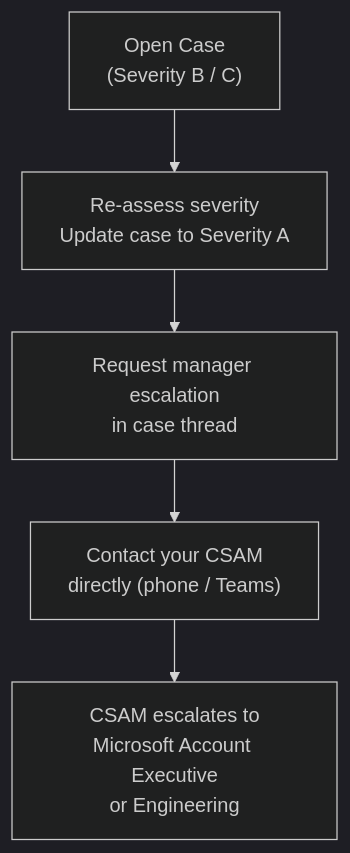
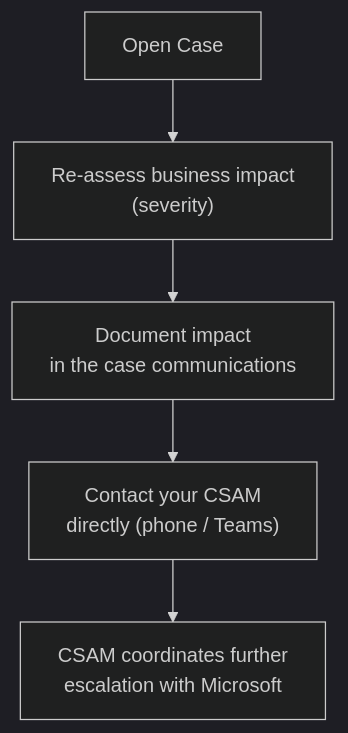
The second of 2 diagrams in 02-support-requests.md (marcogrimaldi29/engage-center-notes), drawn with Mermaid before and after one commit. The commit also changed other lines of this file and 5 other files, not shown here.

````diff
--- a/02-support-requests.md
+++ b/02-support-requests.md
@@ -136,11 +124,11 @@
 ```mermaid
 %%{init: {"theme":"dark"}}%%
 flowchart TD
-    CASE["Open Case\n(Severity B / C)"]
-    RAISE["Re-assess severity\nUpdate case to Severity A"]
-    MGR["Request manager escalation\nin case thread"]
+    CASE["Open Case"]
+    RAISE["Re-assess business impact\n(severity)"]
+    NOTE["Document impact\nin the case communications"]
     CSAM["Contact your CSAM\ndirectly (phone / Teams)"]
-    EXEC["CSAM escalates to\nMicrosoft Account Executive\nor Engineering"]
+    EXEC["CSAM coordinates further\nescalation with Microsoft"]
 
-    CASE --> RAISE --> MGR --> CSAM --> EXEC
+    CASE --> RAISE --> NOTE --> CSAM --> EXEC
 ```
````
